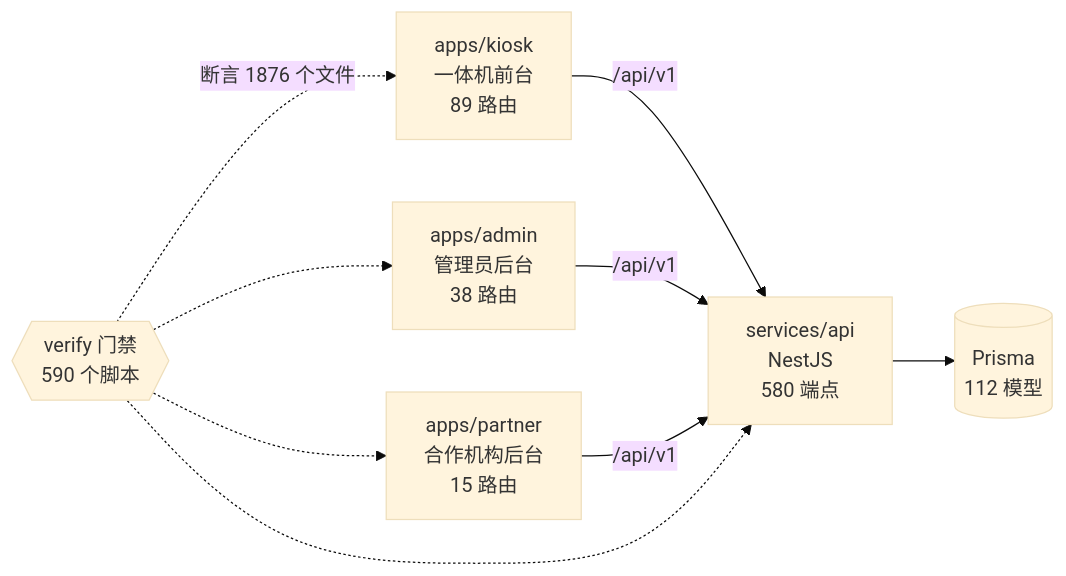
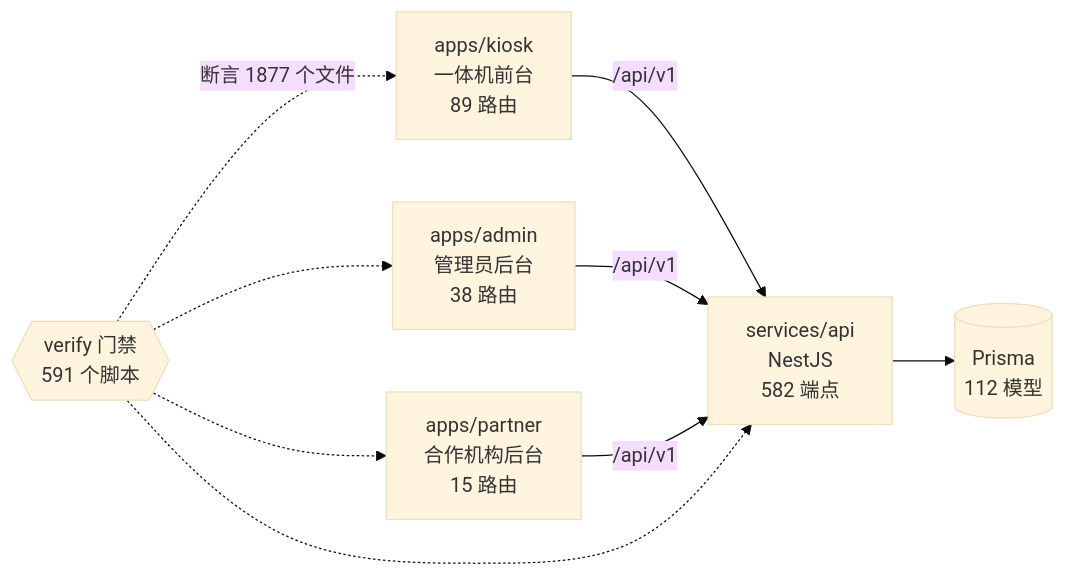
One commit to wanglei581/YITIJI changed the diagram in docs/graph/README.md. Above: the diagram before and after it, drawn with Mermaid (base theme). The commit also changed other lines of this file and 14 other files, not shown here.

````diff
--- a/docs/graph/README.md
+++ b/docs/graph/README.md
@@ -68,18 +68,18 @@
 ```mermaid
 flowchart LR
   kiosk["apps/kiosk<br/>一体机前台<br/>89 路由"]
   admin["apps/admin<br/>管理员后台<br/>38 路由"]
   partner["apps/partner<br/>合作机构后台<br/>15 路由"]
-  api["services/api<br/>NestJS<br/>580 端点"]
+  api["services/api<br/>NestJS<br/>582 端点"]
   db[("Prisma<br/>112 模型")]
-  gates{{"verify 门禁<br/>590 个脚本"}}
+  gates{{"verify 门禁<br/>591 个脚本"}}
 
   kiosk -->|"/api/v1"| api
   admin -->|"/api/v1"| api
   partner -->|"/api/v1"| api
   api --> db
-  gates -.->|"断言 1876 个文件"| kiosk
+  gates -.->|"断言 1877 个文件"| kiosk
   gates -.-> admin
   gates -.-> partner
   gates -.-> api
 ```
````
